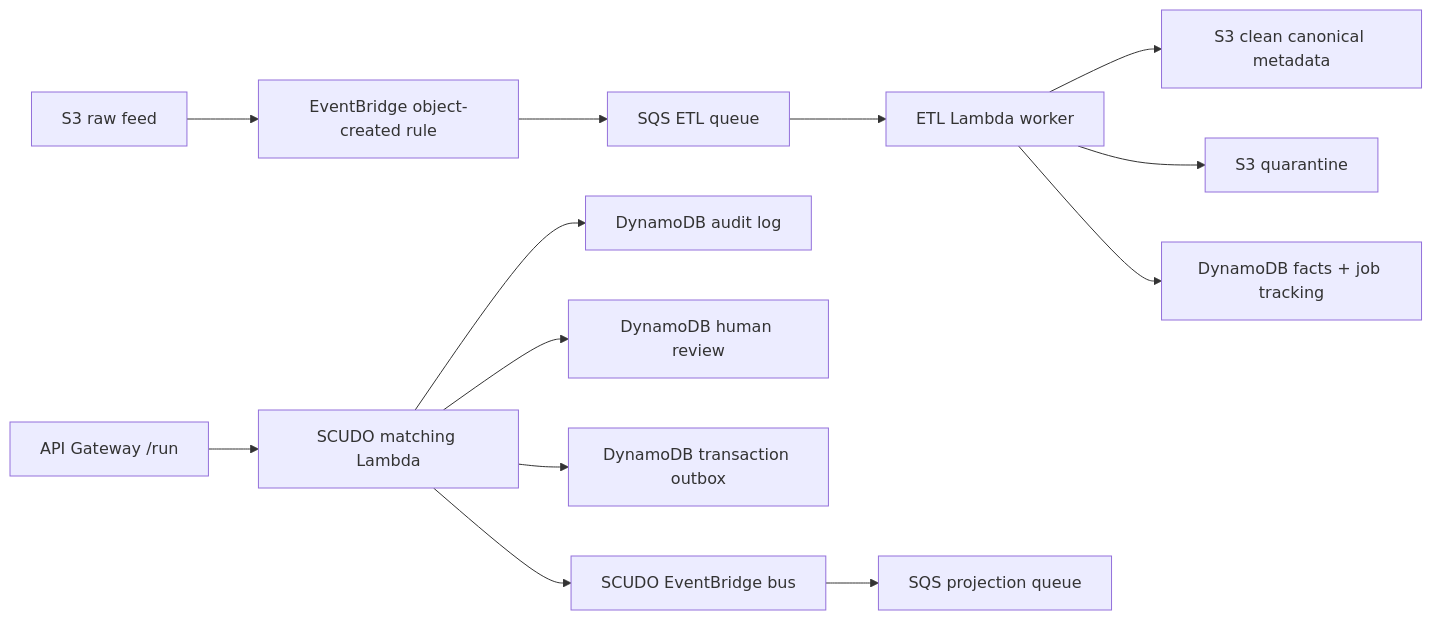
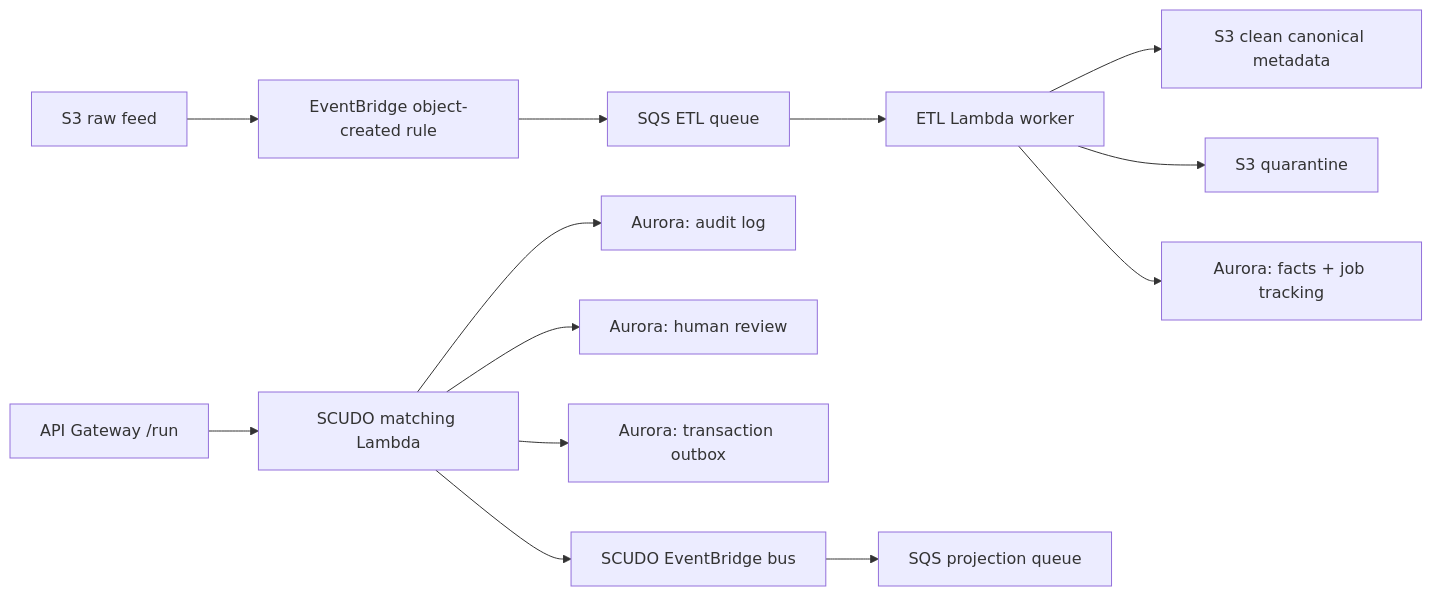
One commit to 2096955/MatchMaker changed the fourth of 5 diagrams in README.md. Above: the diagram before and after it, drawn with Mermaid. The commit also changed other lines of this file and 13 other files, not shown here.

````diff
--- a/README.md
+++ b/README.md
@@ -324,15 +498,15 @@
 ```mermaid
 flowchart LR
     raw[S3 raw feed] --> eb[EventBridge object-created rule]
     eb --> q[SQS ETL queue]
     q --> etl[ETL Lambda worker]
     etl --> clean[S3 clean canonical metadata]
     etl --> quarantine[S3 quarantine]
-    etl --> facts[DynamoDB facts + job tracking]
+    etl --> facts[Aurora: facts + job tracking]
     api[API Gateway /run] --> match[SCUDO matching Lambda]
-    match --> audit[DynamoDB audit log]
-    match --> review[DynamoDB human review]
-    match --> outbox[DynamoDB transaction outbox]
+    match --> audit[Aurora: audit log]
+    match --> review[Aurora: human review]
+    match --> outbox[Aurora: transaction outbox]
     match --> bus[SCUDO EventBridge bus]
     bus --> projection[SQS projection queue]
 ```
````
